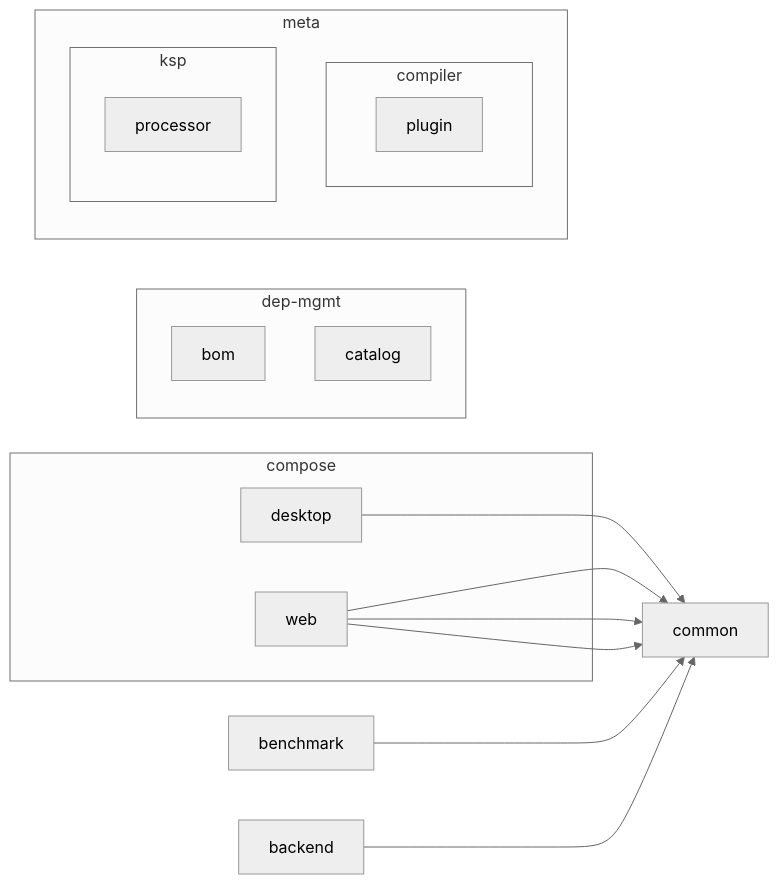
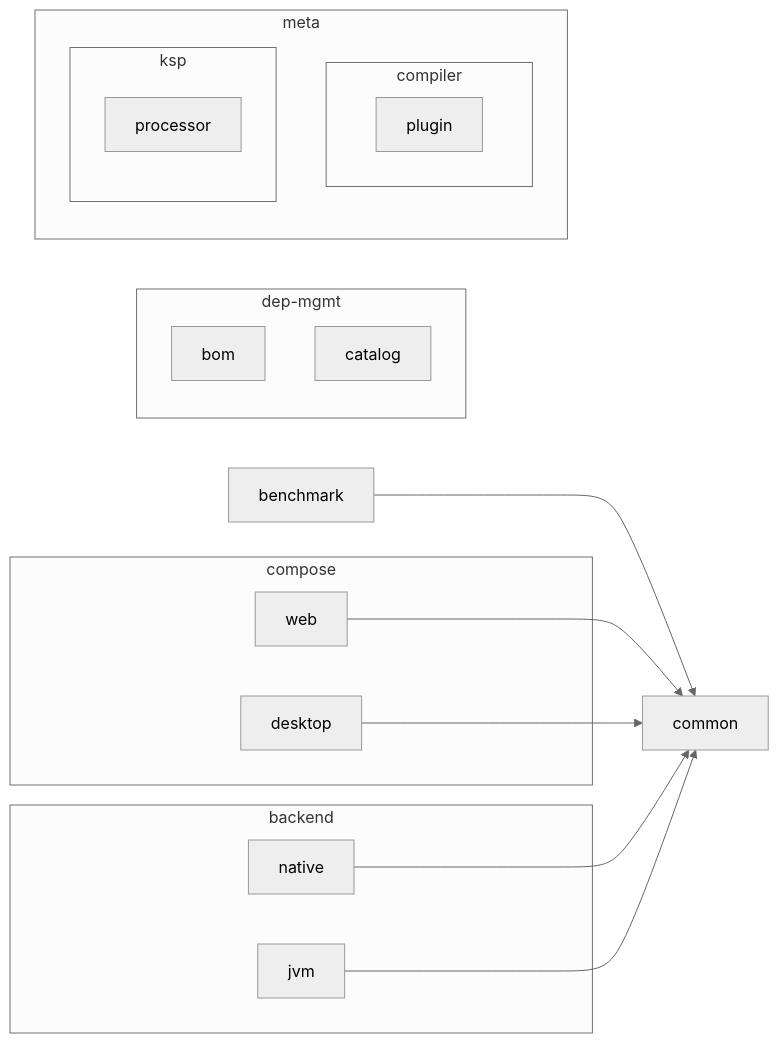
Before and after one commit to sureshg/kotlin-mpp-playground: the diagram in README.md, drawn with Mermaid. The commit also changed other lines of this file and 18 other files, not shown here.

````diff
--- a/README.md
+++ b/README.md
@@ -128,35 +128,39 @@
 ```mermaid
 %%{
   init: {
     'theme': 'neutral'
   }
 }%%
+
 graph LR
-    subgraph compose
-        desktop
-        web
-    end
-    subgraph dep-mgmt
-        bom
-        catalog
-    end
-    subgraph meta
-        compiler
-        ksp
-    end
-    subgraph compiler
-        compiler
-        plugin
-    end
-    subgraph ksp
-        ksp
-        processor
-    end
-    benchmark --> common
-    web --> common
-    web --> common
-    desktop --> common
-    backend --> common
-    web --> common
 
+  subgraph backend
+    jvm
+    native
+  end
+  subgraph compose
+    desktop
+    web
+  end
+  subgraph dep-mgmt
+    bom
+    catalog
+  end
+  subgraph meta
+    compiler
+    ksp
+  end
+  subgraph compiler
+    compiler
+    plugin
+  end
+  subgraph ksp
+    ksp
+    processor
+  end
+  benchmark --> common
+  web --> common
+  desktop --> common
+  native --> common
+  jvm --> common
 ```
````
